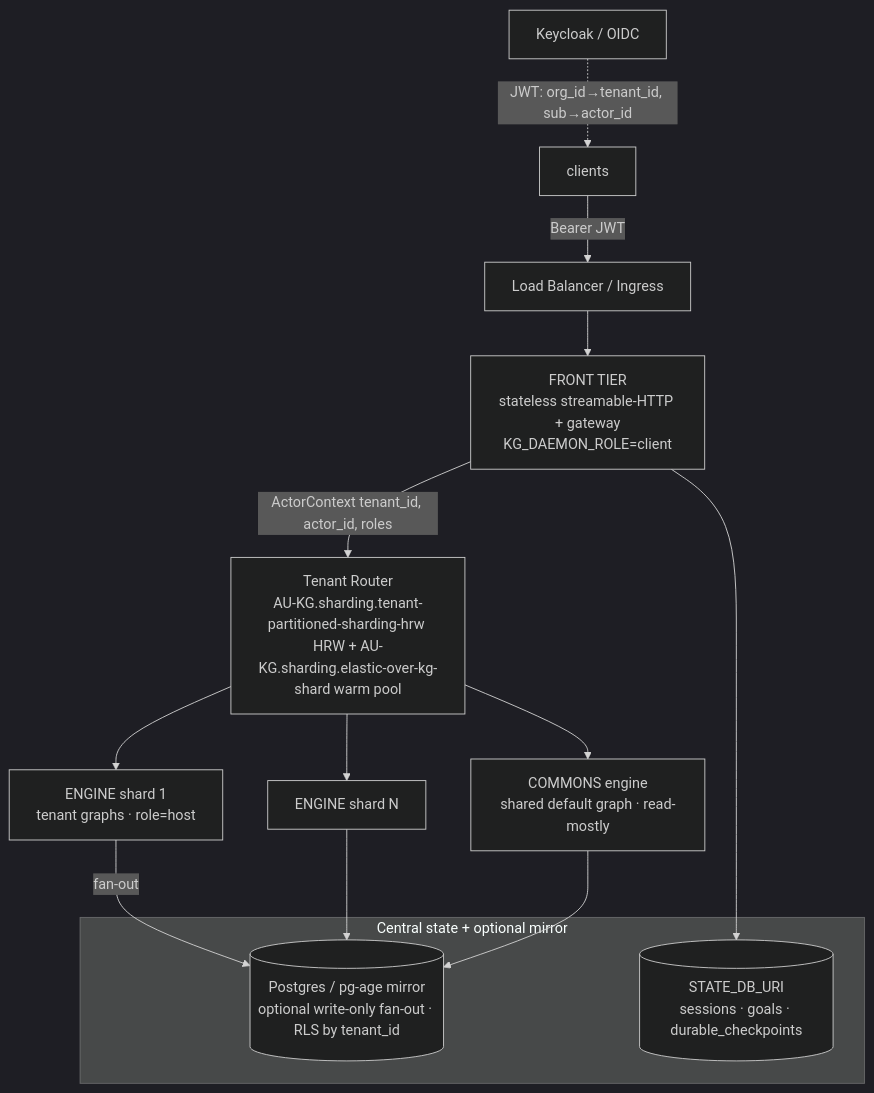
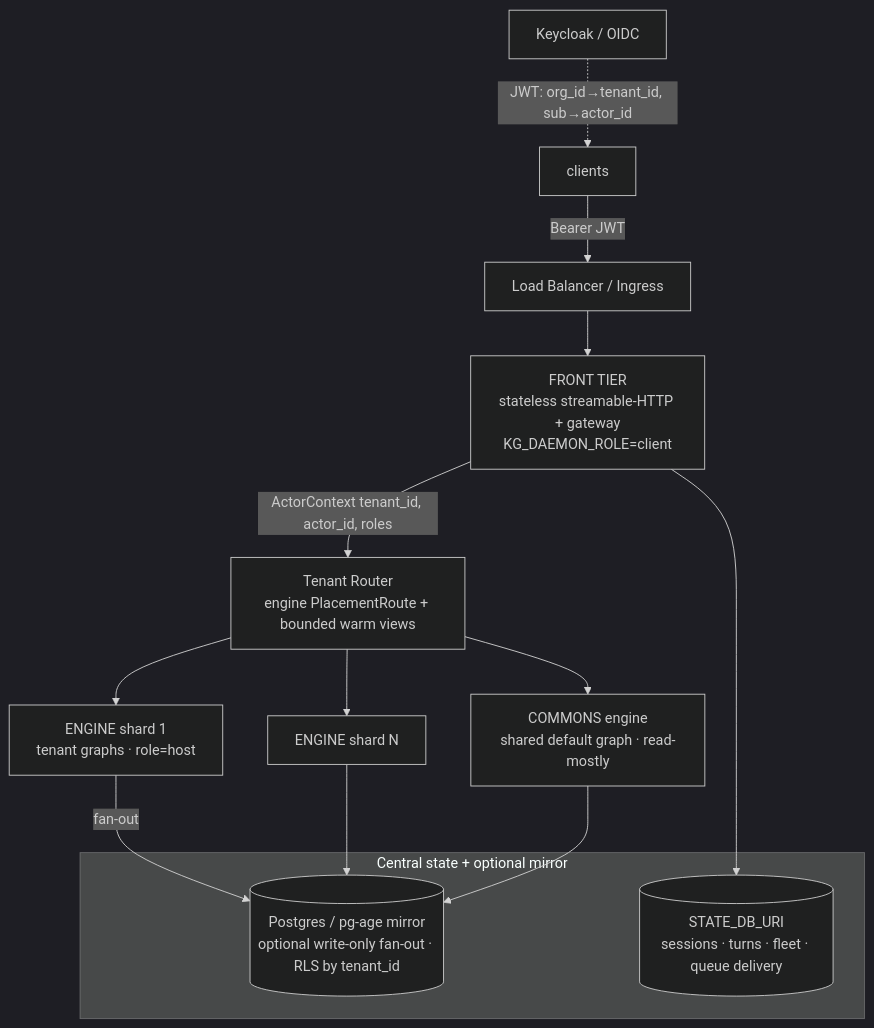
One commit to Knuckles-Team/agent-utilities changed the first of 3 diagrams in docs/architecture/multi_tenant_streamable_http.md. Above: the diagram before and after it, drawn with Mermaid (dark theme). The commit also changed other lines of this file and 3818 other files, not shown here.

````diff
--- a/docs/architecture/multi_tenant_streamable_http.md
+++ b/docs/architecture/multi_tenant_streamable_http.md
@@ -23,18 +23,18 @@
 ```mermaid
 flowchart TD
     KC[Keycloak / OIDC] -.->|JWT: org_id→tenant_id, sub→actor_id| C[clients]
     C -->|Bearer JWT| LB[Load Balancer / Ingress]
     LB --> F["FRONT TIER<br/>stateless streamable-HTTP + gateway<br/>KG_DAEMON_ROLE=client"]
-    F -->|ActorContext tenant_id, actor_id, roles| R["Tenant Router<br/>AU-KG.sharding.tenant-partitioned-sharding-hrw HRW + AU-KG.sharding.elastic-over-kg-shard warm pool"]
+    F -->|ActorContext tenant_id, actor_id, roles| R["Tenant Router<br/>engine PlacementRoute + bounded warm views"]
     R --> E1["ENGINE shard 1<br/>tenant graphs · role=host"]
     R --> E2[ENGINE shard N]
     R --> CM["COMMONS engine<br/>shared default graph · read-mostly"]
-    E1 -->|fan-out| L3
-    E2 --> L3
-    CM --> L3
+    E1 -->|fan-out| MIRROR
+    E2 --> MIRROR
+    CM --> MIRROR
     F --> ST
     subgraph DURABLE [Central state + optional mirror]
-      L3[("Postgres / pg-age mirror<br/>optional write-only fan-out · RLS by tenant_id")]
-      ST[("STATE_DB_URI<br/>sessions · goals · durable_checkpoints")]
+      MIRROR[("Postgres / pg-age mirror<br/>optional write-only fan-out · RLS by tenant_id")]
+      ST[("STATE_DB_URI<br/>sessions · turns · fleet · queue delivery")]
     end
 ```
````
